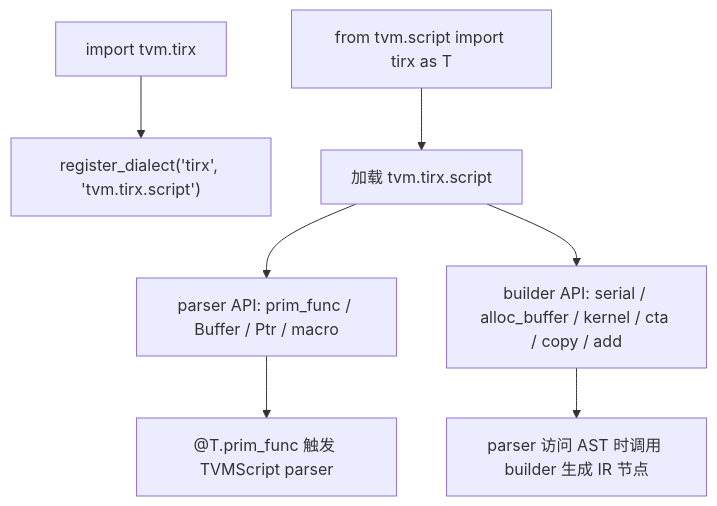
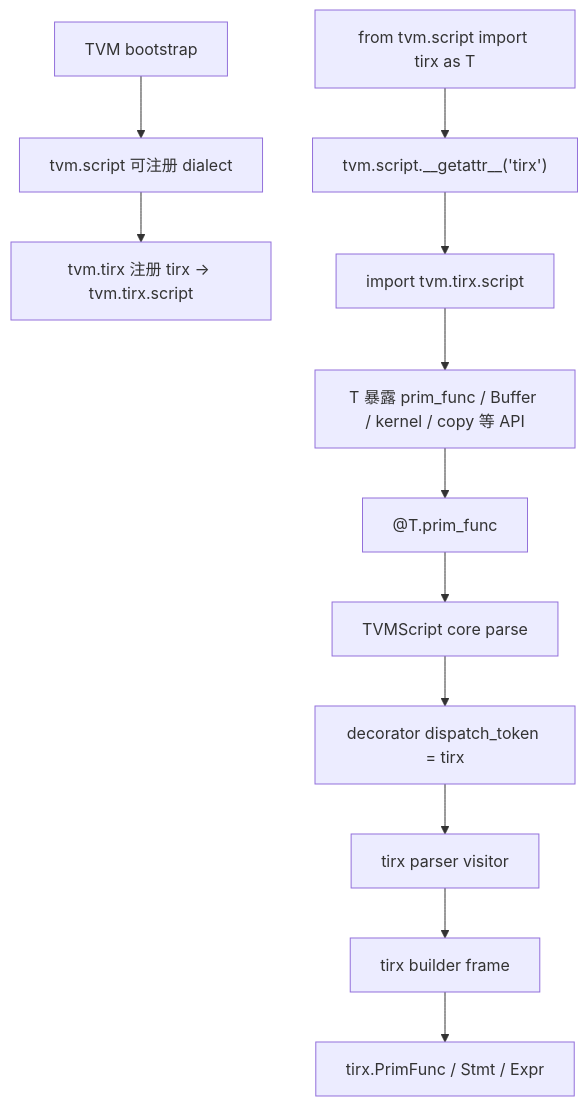
Before and after one commit to Rhys-Q/megakernel: the first of 5 diagrams in docs/learn/w4_tirx_myself/frontend.md, drawn with Mermaid. The commit also changed other lines of this file and 1 other file, not shown here.

````diff
--- a/docs/learn/w4_tirx_myself/frontend.md
+++ b/docs/learn/w4_tirx_myself/frontend.md
@@ -106,9 +48,14 @@
 ```mermaid
 flowchart TD
-    A["import tvm.tirx"] --> B["register_dialect('tirx', 'tvm.tirx.script')"]
-    C["from tvm.script import tirx as T"] --> D["加载 tvm.tirx.script"]
-    D --> E["parser API: prim_func / Buffer / Ptr / macro"]
-    D --> F["builder API: serial / alloc_buffer / kernel / cta / copy / add"]
-    E --> G["@T.prim_func 触发 TVMScript parser"]
-    F --> H["parser 访问 AST 时调用 builder 生成 IR 节点"]
+    A["TVM bootstrap"] --> B["tvm.script 可注册 dialect"]
+    B --> C["tvm.tirx 注册 tirx -> tvm.tirx.script"]
+    D["from tvm.script import tirx as T"] --> E["tvm.script.__getattr__('tirx')"]
+    E --> F["import tvm.tirx.script"]
+    F --> G["T 暴露 prim_func / Buffer / kernel / copy 等 API"]
+    G --> H["@T.prim_func"]
+    H --> I["TVMScript core parse"]
+    I --> J["decorator dispatch_token = tirx"]
+    J --> K["tirx parser visitor"]
+    K --> L["tirx builder frame"]
+    L --> M["tirx.PrimFunc / Stmt / Expr"]
 ```
````
